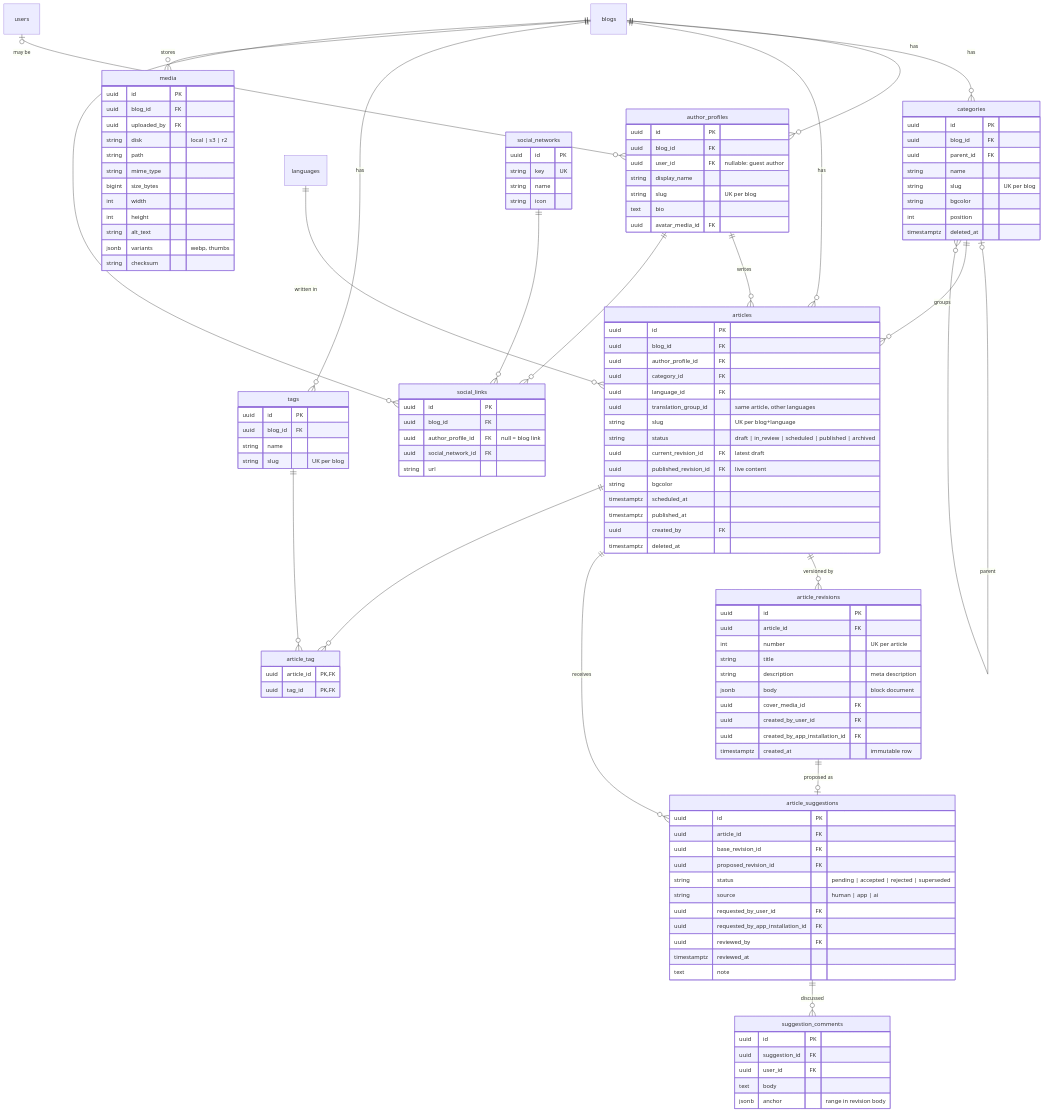
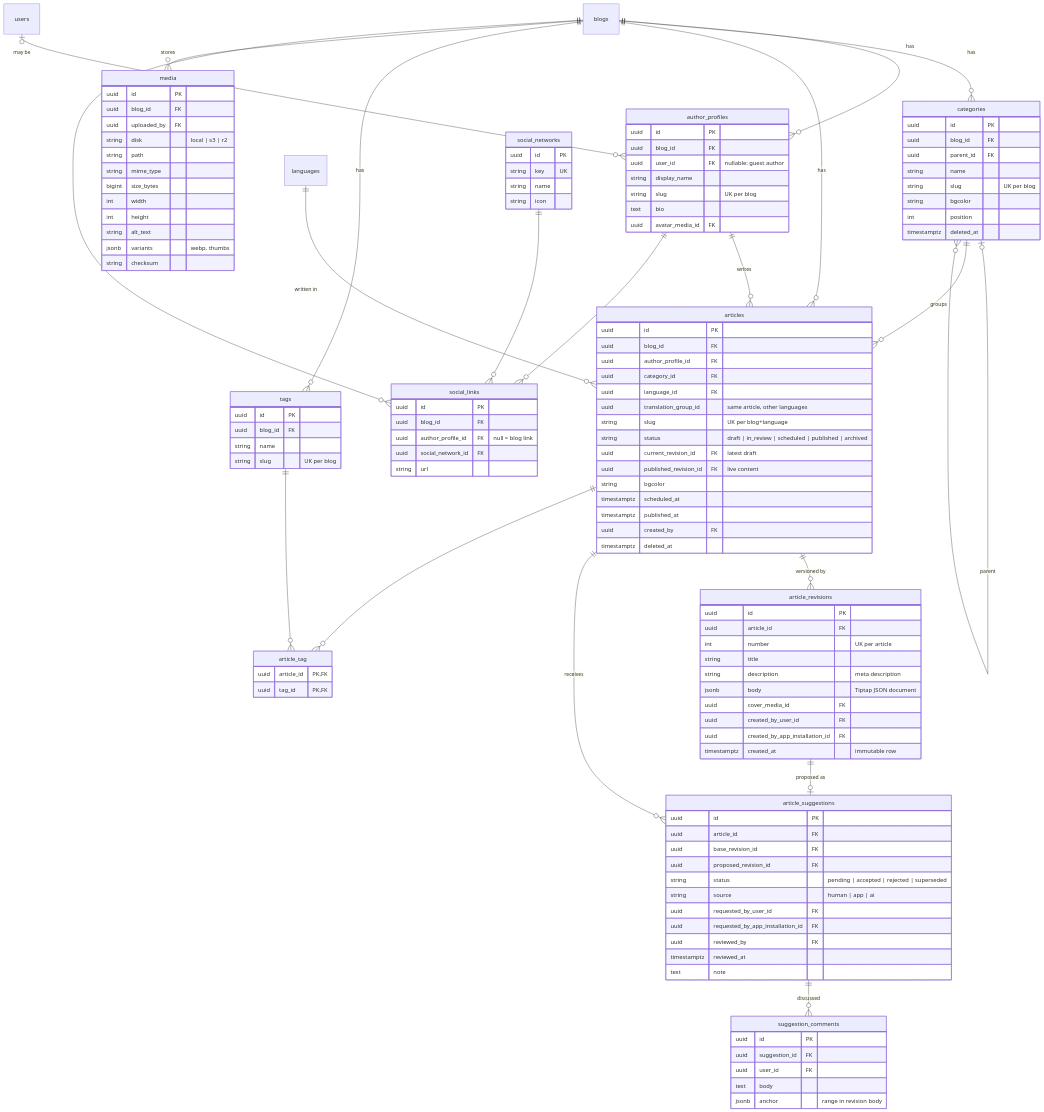
One commit to andmarruda/sbblog changed the fourth of 9 diagrams in docs/v2/erd.md. Above: the diagram before and after it, drawn with Mermaid. The commit also changed other lines of this file and 9 other files, not shown here.

```diff
--- a/docs/v2/erd.md
+++ b/docs/v2/erd.md
@@ -257,7 +259,7 @@
     int number "UK per article"
     string title
     string description "meta description"
-    jsonb body "block document"
+    jsonb body "Tiptap JSON document"
     uuid cover_media_id FK
     uuid created_by_user_id FK
     uuid created_by_app_installation_id FK
```
